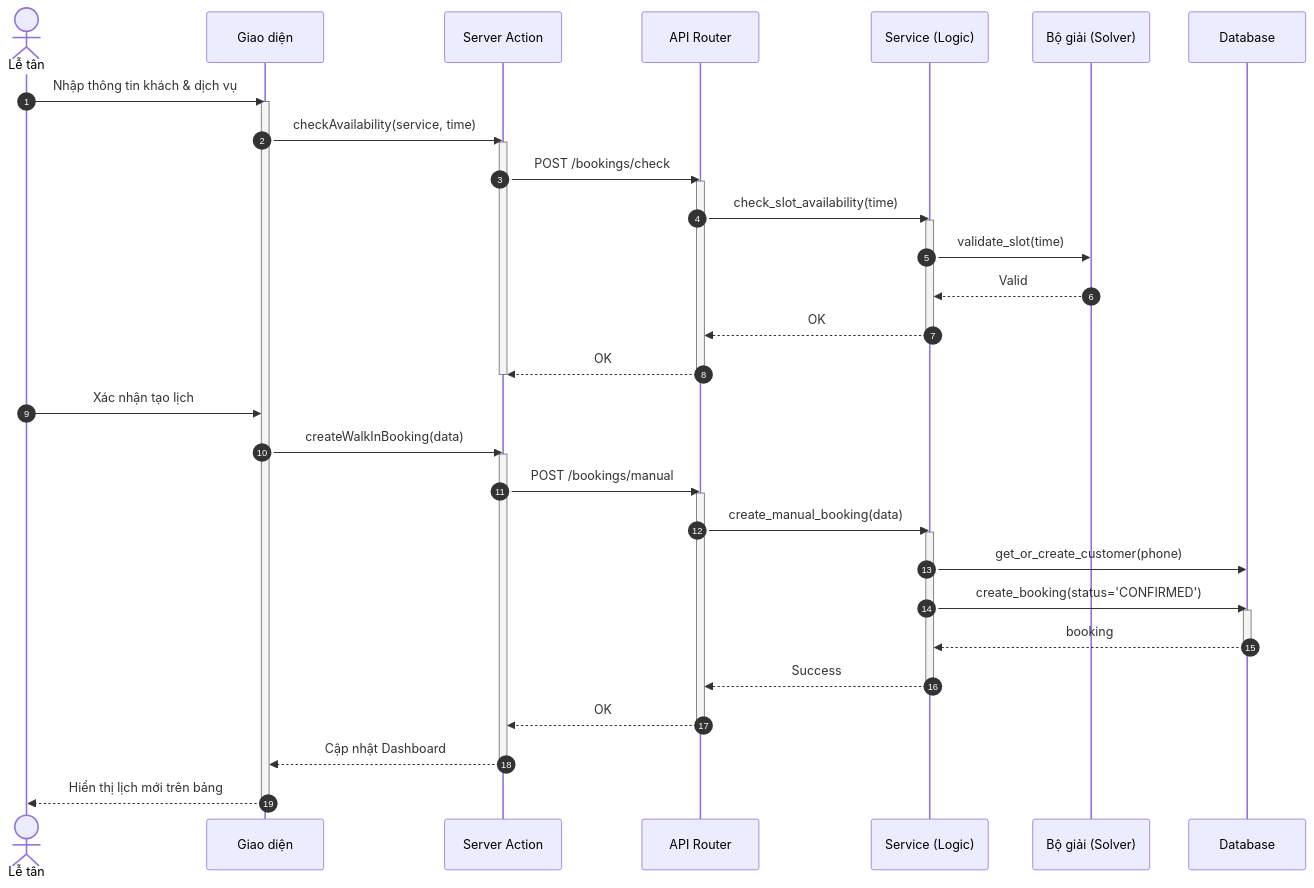
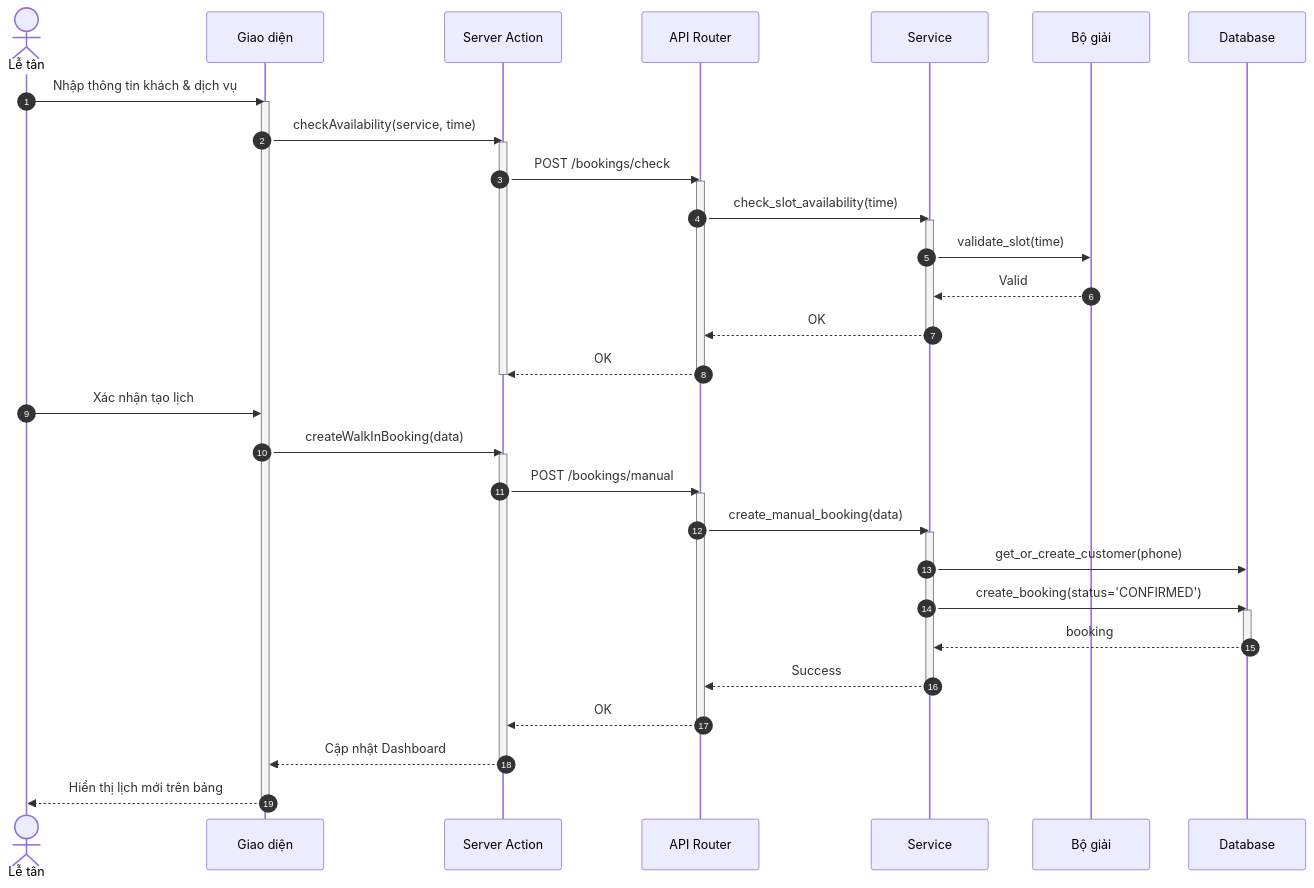
Before and after one commit to ngoctinn/Synapse: the second of 4 diagrams in docs/design/sequences/receptionist_flows.md, drawn with Mermaid. The commit also changed other lines of this file and 4 other files, not shown here.

Commit message:
docs: Add initial sequence diagrams for authentication, admin, customer, receptionist, and technician flows.

````diff
--- a/docs/design/sequences/receptionist_flows.md
+++ b/docs/design/sequences/receptionist_flows.md
@@ -70,56 +70,56 @@
 ```mermaid
 sequenceDiagram
     autonumber
     actor LT as Lễ tân
     participant UI as Giao diện
     participant BFF as Server Action
     participant API as API Router
-    participant S as Service (Logic)
-    participant SOLVER as Bộ giải (Solver)
+    participant S as Service
+    participant SOLVER as Bộ giải
     participant DB as Database
 
     LT->>UI: Nhập thông tin khách & dịch vụ
     activate UI
     UI->>BFF: checkAvailability(service, time)
     activate BFF
 
     BFF->>API: POST /bookings/check
     activate API
     API->>S: check_slot_availability(time)
     activate S
     S->>SOLVER: validate_slot(time)
     SOLVER-->>S: Valid
     S-->>API: OK
     deactivate S
     API-->>BFF: OK
     deactivate API
     deactivate BFF
 
     LT->>UI: Xác nhận tạo lịch
     UI->>BFF: createWalkInBooking(data)
     activate BFF
 
     BFF->>API: POST /bookings/manual
     activate API
 
     API->>S: create_manual_booking(data)
     activate S
 
     S->>DB: get_or_create_customer(phone)
     S->>DB: create_booking(status='CONFIRMED')
     activate DB
     DB-->>S: booking
     deactivate DB
 
     S-->>API: Success
     deactivate S
 
     API-->>BFF: OK
     deactivate API
 
     BFF-->>UI: Cập nhật Dashboard
     deactivate BFF
 
     UI-->>LT: Hiển thị lịch mới trên bảng
     deactivate UI
 ```
````
